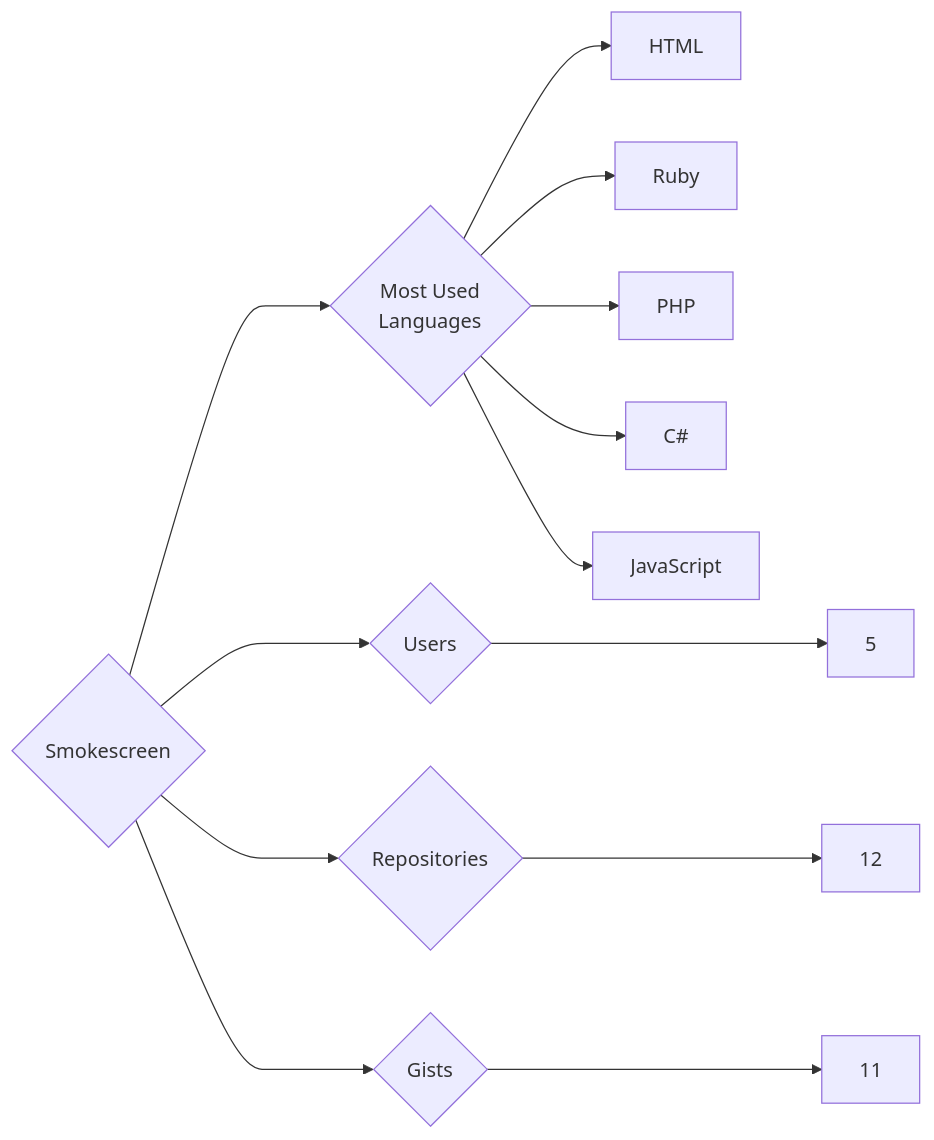
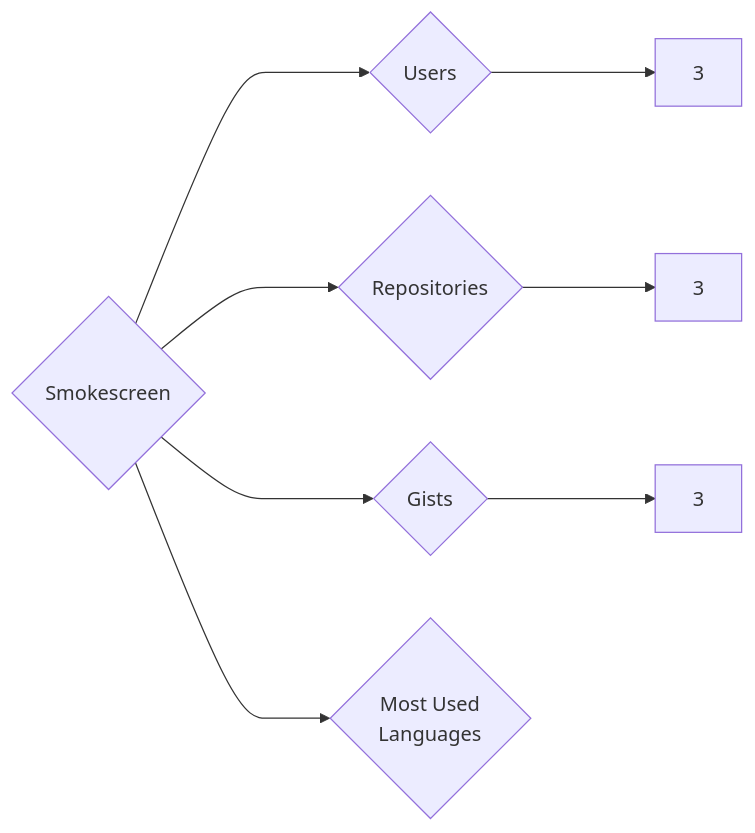
Before and after one commit to trickest/insiders: the diagram in targets/Smokescreen/README.md, drawn with Mermaid. The commit also changed 964 other files, not shown here.

````diff
--- a/targets/Smokescreen/README.md
+++ b/targets/Smokescreen/README.md
@@ -3,13 +3,8 @@
 ```mermaid
 graph LR
 COMPANY_NAME{Smokescreen}
-COMPANY_NAME ---> U{Users} ---> UN[5]
-COMPANY_NAME ---> R{Repositories} ---> RN[12]
-COMPANY_NAME ---> G{Gists} ---> GN[11]
+COMPANY_NAME ---> U{Users} ---> UN[3]
+COMPANY_NAME ---> R{Repositories} ---> RN[3]
+COMPANY_NAME ---> G{Gists} ---> GN[3]
 COMPANY_NAME ---> ML{Most Used<br>Languages}
-ML --> HTML[HTML]
-ML --> Ruby[Ruby]
-ML --> PHP[PHP]
-ML --> C#[C#]
-ML --> JavaScript[JavaScript]
 ```
````
